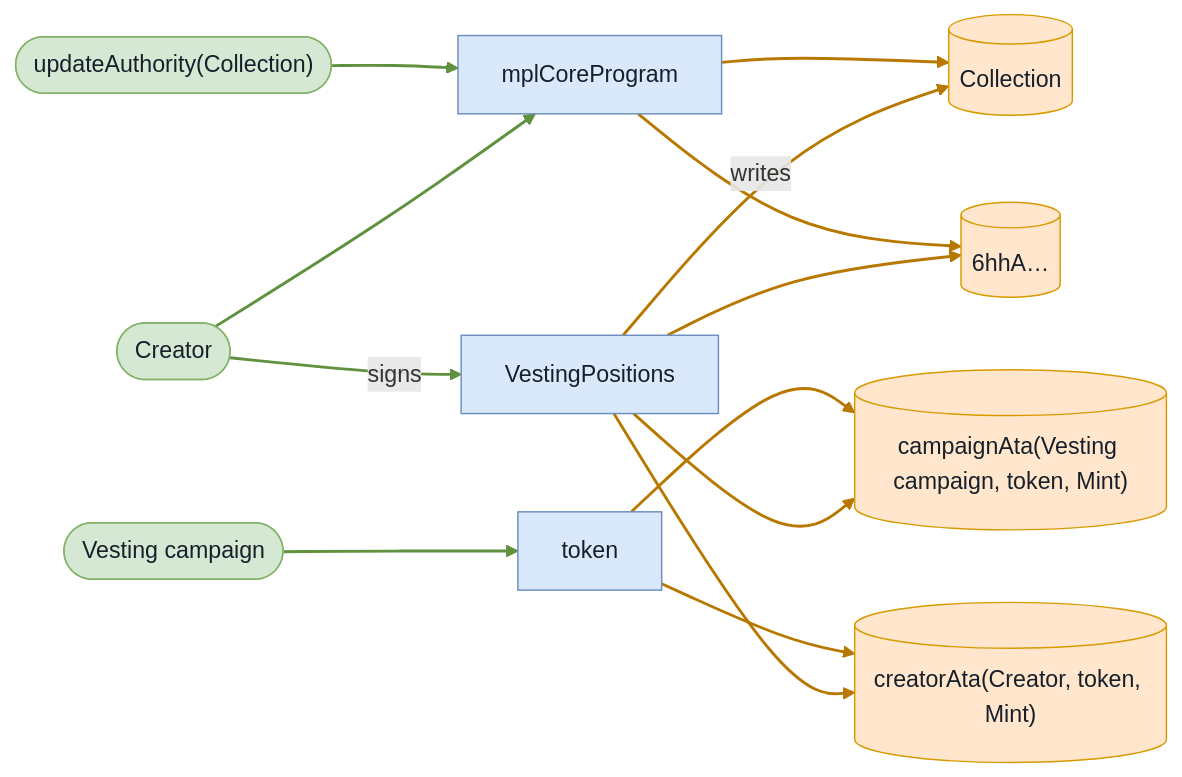
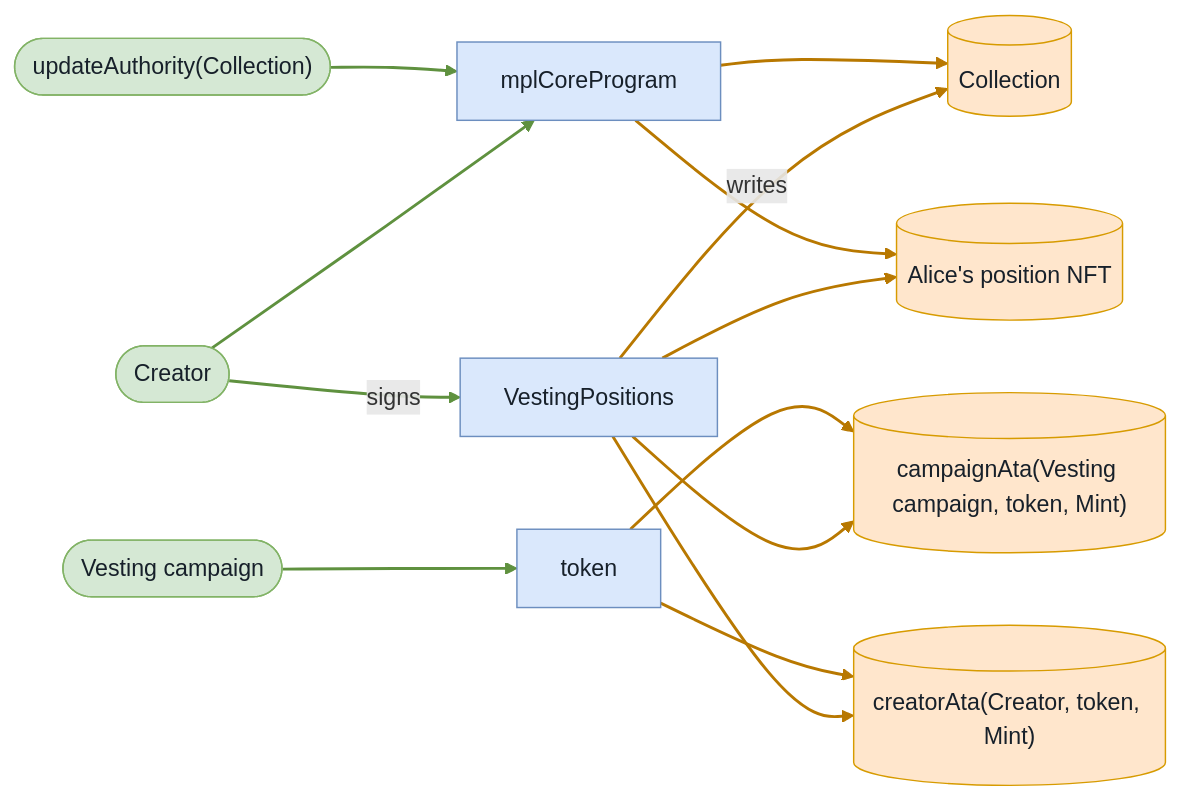
The eighth of 12 diagrams in babelfish-tests/test-report/cancel_campaign_fails_after_position_burned.md (cds-turbin3/vesting-position), drawn with Mermaid before and after one commit. The commit also changed other lines of this file and 104 other files, not shown here.

````diff
--- a/babelfish-tests/test-report/cancel_campaign_fails_after_position_burned.md
+++ b/babelfish-tests/test-report/cancel_campaign_fails_after_position_burned.md
@@ -400,30 +399,30 @@
 ```mermaid
 flowchart LR
     VestingPositions["VestingPositions"]:::program
     Creator(["Creator"]):::signer
     Collection[("Collection")]:::state
-    n6hhA[("6hhA…")]:::state
+    AlicespositionNFT[("Alice's position NFT")]:::state
     campaignAtaVestingcampaigntokenMint[("campaignAta(Vesting campaign, token, Mint)")]:::state
     creatorAtaCreatortokenMint[("creatorAta(Creator, token, Mint)")]:::state
     mplCoreProgram["mplCoreProgram"]:::program
     updateAuthorityCollection(["updateAuthority(Collection)"]):::signer
     token["token"]:::program
     Vestingcampaign(["Vesting campaign"]):::signer
     Creator -->|signs| VestingPositions
     VestingPositions -->|writes| Collection
-    VestingPositions --> n6hhA
+    VestingPositions --> AlicespositionNFT
     VestingPositions --> campaignAtaVestingcampaigntokenMint
     VestingPositions --> creatorAtaCreatortokenMint
-    mplCoreProgram --> n6hhA
+    mplCoreProgram --> AlicespositionNFT
     mplCoreProgram --> Collection
     Creator --> mplCoreProgram
     updateAuthorityCollection --> mplCoreProgram
     token --> campaignAtaVestingcampaigntokenMint
     token --> creatorAtaCreatortokenMint
     Vestingcampaign --> token
     classDef program fill:#dae8fc,stroke:#6c8ebf,color:#17202a;
     classDef signer fill:#d5e8d4,stroke:#82b366,color:#17202a;
     classDef state fill:#ffe6cc,stroke:#d79b00,color:#17202a;
     linkStyle 0,7,8,11 stroke:#5f913f,stroke-width:2px
     linkStyle 1,2,3,4,5,6,9,10 stroke:#b87800,stroke-width:2px
 ```
````
